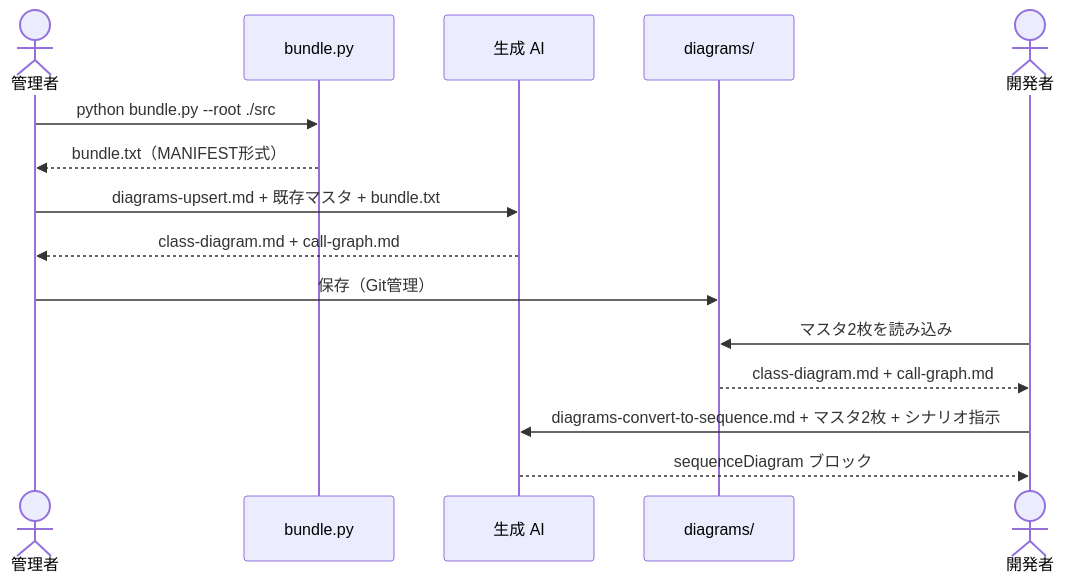
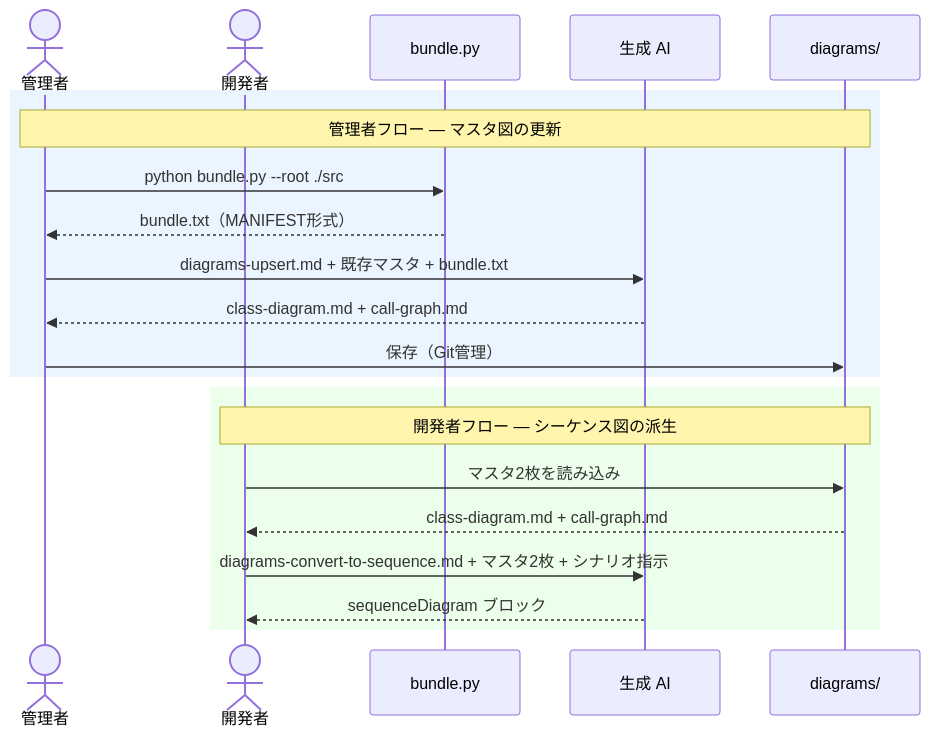
Before and after one commit to yasuhiro112358/ai-agent-toolkit: the diagram in prompts/diagram-keeper/docs/explanation/architecture-overview.md, drawn with Mermaid.

Commit message:
docs(diagram-keeper): improve architecture diagram with rect blocks
全参加者を冒頭で宣言し、rect ブロックで管理者フローと開発者フローを視覚的に分離。

````diff
--- a/prompts/diagram-keeper/docs/explanation/architecture-overview.md
+++ b/prompts/diagram-keeper/docs/explanation/architecture-overview.md
@@ -15,19 +15,25 @@
 ```mermaid
 sequenceDiagram
     actor 管理者
+    actor 開発者
     participant Script as bundle.py
     participant AI as 生成 AI
     participant Repo as diagrams/
 
-    管理者->>Script: python bundle.py --root ./src
-    Script-->>管理者: bundle.txt（MANIFEST形式）
-    管理者->>AI: diagrams-upsert.md + 既存マスタ + bundle.txt
-    AI-->>管理者: class-diagram.md + call-graph.md
-    管理者->>Repo: 保存（Git管理）
+    rect rgb(235, 245, 255)
+        Note over 管理者,Repo: 管理者フロー — マスタ図の更新
+        管理者->>Script: python bundle.py --root ./src
+        Script-->>管理者: bundle.txt（MANIFEST形式）
+        管理者->>AI: diagrams-upsert.md + 既存マスタ + bundle.txt
+        AI-->>管理者: class-diagram.md + call-graph.md
+        管理者->>Repo: 保存（Git管理）
+    end
 
-    actor 開発者
-    開発者->>Repo: マスタ2枚を読み込み
-    Repo-->>開発者: class-diagram.md + call-graph.md
-    開発者->>AI: diagrams-convert-to-sequence.md + マスタ2枚 + シナリオ指示
-    AI-->>開発者: sequenceDiagram ブロック
+    rect rgb(235, 255, 235)
+        Note over 開発者,Repo: 開発者フロー — シーケンス図の派生
+        開発者->>Repo: マスタ2枚を読み込み
+        Repo-->>開発者: class-diagram.md + call-graph.md
+        開発者->>AI: diagrams-convert-to-sequence.md + マスタ2枚 + シナリオ指示
+        AI-->>開発者: sequenceDiagram ブロック
+    end
 ```
````
